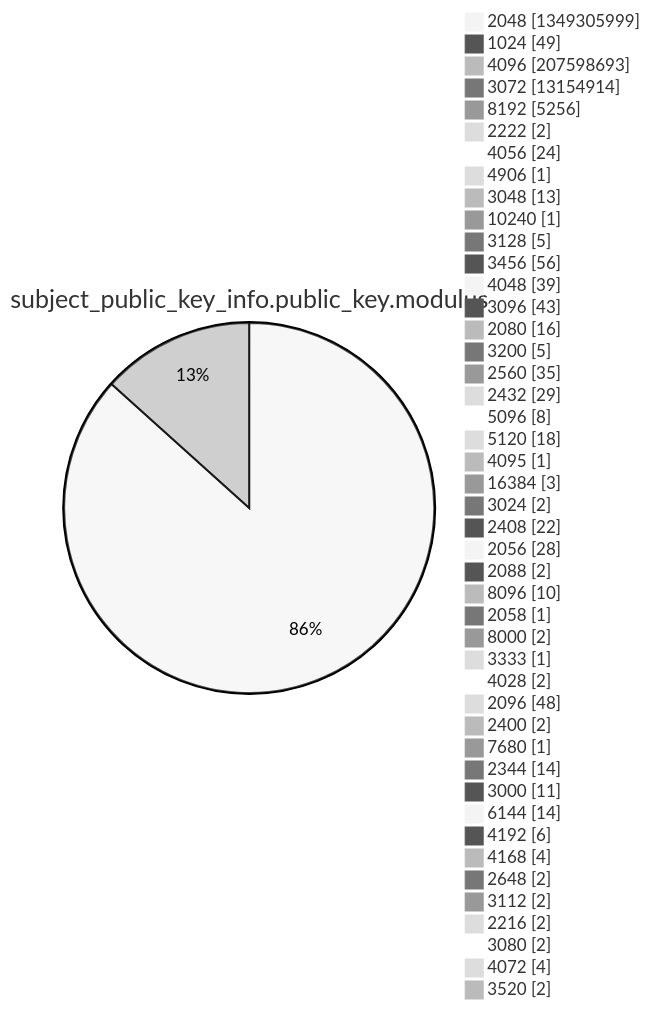
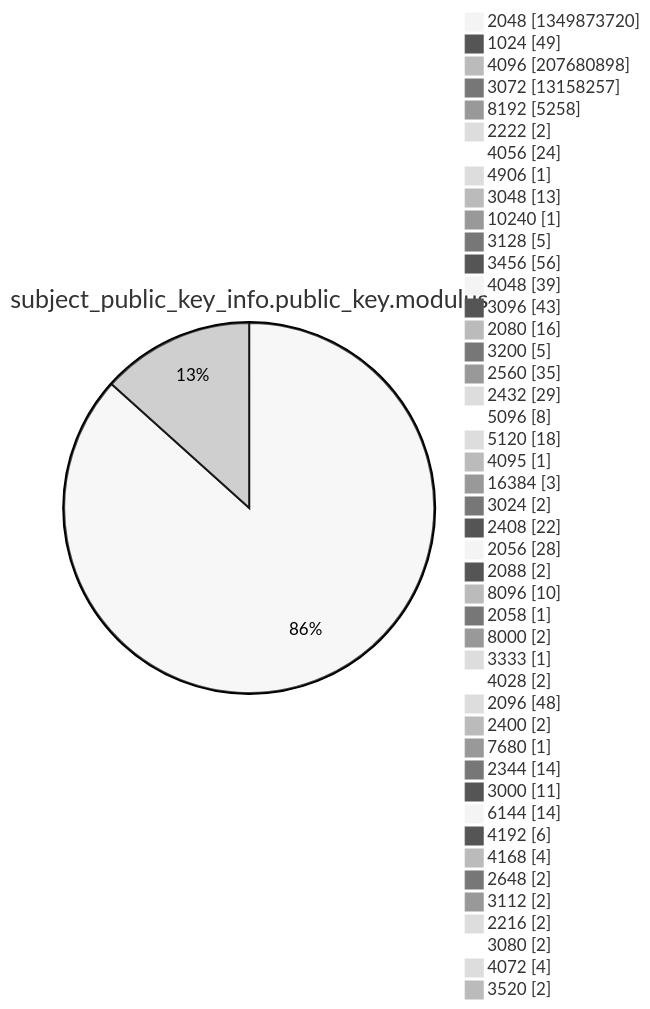
Before and after one commit to christiankrug/ctmonitor_visualization: diagram 13 of 15 in xenon2022/README.md, drawn with Mermaid (neutral theme). The commit also changed other lines of this file, not shown here.

````diff
--- a/xenon2022/README.md
+++ b/xenon2022/README.md
@@ -3927,49 +3927,49 @@
 ```mermaid
 pie showData
 title subject_public_key_info.public_key.modulus
-"2048" :1349305999
+"2048" :1349873720
 "1024" :49
-"4096" :207598693
-"3072" :13154914
-"8192" :5256
+"4096" :207680898
+"3072" :13158257
+"8192" :5258
 "2222" :2
 "4056" :24
 "4906" :1
 "3048" :13
 "10240" :1
 "3128" :5
 "3456" :56
 "4048" :39
 "3096" :43
 "2080" :16
 "3200" :5
 "2560" :35
 "2432" :29
 "5096" :8
 "5120" :18
 "4095" :1
 "16384" :3
 "3024" :2
 "2408" :22
 "2056" :28
 "2088" :2
 "8096" :10
 "2058" :1
 "8000" :2
 "3333" :1
 "4028" :2
 "2096" :48
 "2400" :2
 "7680" :1
 "2344" :14
 "3000" :11
 "6144" :14
 "4192" :6
 "4168" :4
 "2648" :2
 "3112" :2
 "2216" :2
 "3080" :2
 "4072" :4
 "3520" :2
 ```
````
